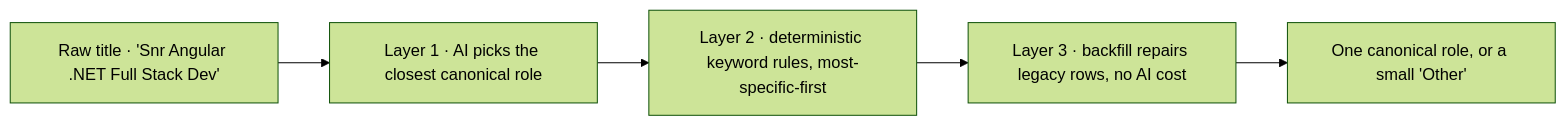
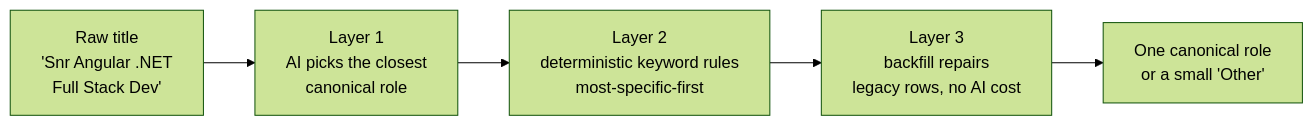
The fifth of 5 diagrams in README.md (jesscancode/tech-job-scraper-case-study), drawn with Mermaid (forest theme) before and after one commit. The commit also changed other lines of this file, not shown here.

````diff
--- a/README.md
+++ b/README.md
@@ -222,7 +222,7 @@
 ```mermaid
 flowchart LR
-  RAW["Raw title · 'Snr Angular .NET Full Stack Dev'"] --> L1["Layer 1 · AI picks the closest canonical role"]
-  L1 --> L2["Layer 2 · deterministic keyword rules, most-specific-first"]
-  L2 --> L3["Layer 3 · backfill repairs legacy rows, no AI cost"]
-  L3 --> OUT["One canonical role, or a small 'Other'"]
+  RAW["Raw title<br/>'Snr Angular .NET<br/>Full Stack Dev'"] --> L1["Layer 1<br/>AI picks the closest<br/>canonical role"]
+  L1 --> L2["Layer 2<br/>deterministic keyword rules<br/>most-specific-first"]
+  L2 --> L3["Layer 3<br/>backfill repairs<br/>legacy rows, no AI cost"]
+  L3 --> OUT["One canonical role<br/>or a small 'Other'"]
 ```
````
